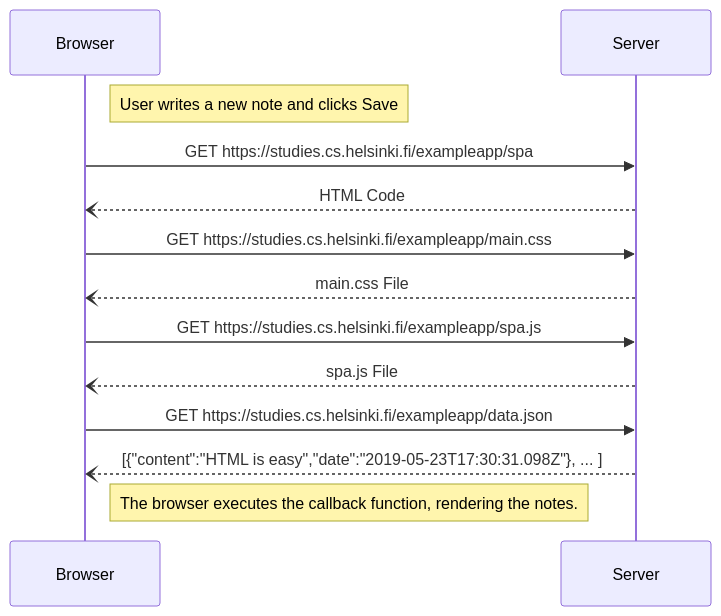
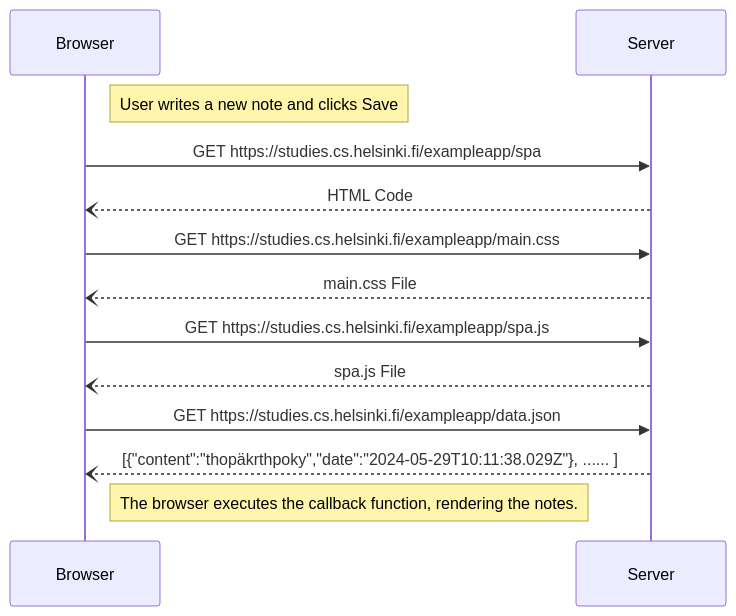
The diagram in part0/q5.md (BeVocalist/Full-Stack-Web-Development), drawn with Mermaid before and after one commit.

````diff
--- a/part0/q5.md
+++ b/part0/q5.md
@@ -1,16 +1,16 @@
 ```mermaid
 sequenceDiagram
   participant Browser
   participant Server
   Note right of Browser: User writes a new note and clicks Save
 
   Browser->>Server: GET https://studies.cs.helsinki.fi/exampleapp/spa
   Server--)Browser: HTML Code
   Browser->>Server: GET https://studies.cs.helsinki.fi/exampleapp/main.css
   Server--)Browser: main.css File
   Browser->>Server: GET https://studies.cs.helsinki.fi/exampleapp/spa.js
   Server--)Browser: spa.js File
   Browser->>Server: GET https://studies.cs.helsinki.fi/exampleapp/data.json
-  Server--)Browser: [{"content":"HTML is easy","date":"2019-05-23T17:30:31.098Z"}, ... ]
+  Server--)Browser: [{"content":"thopäkrthpoky","date":"2024-05-29T10:11:38.029Z"}, ...... ]
   Note right of Browser: The browser executes the callback function, rendering the notes.
 ```
````
